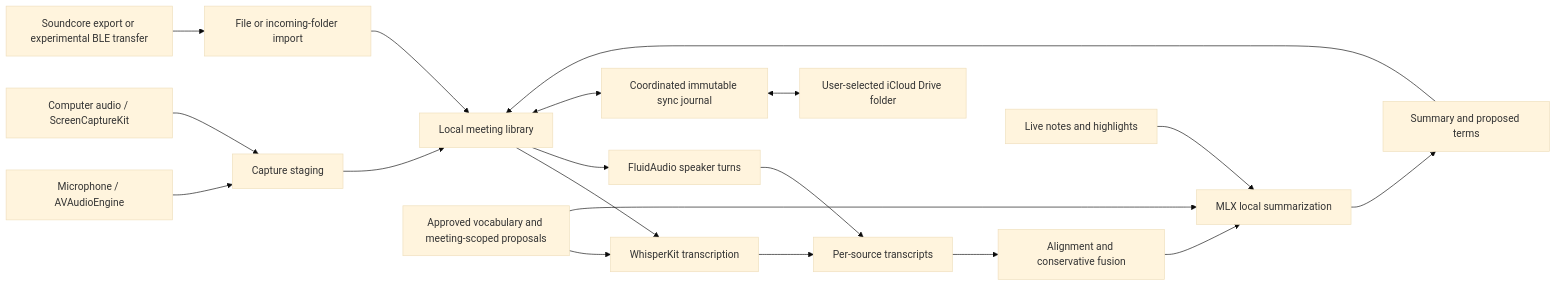
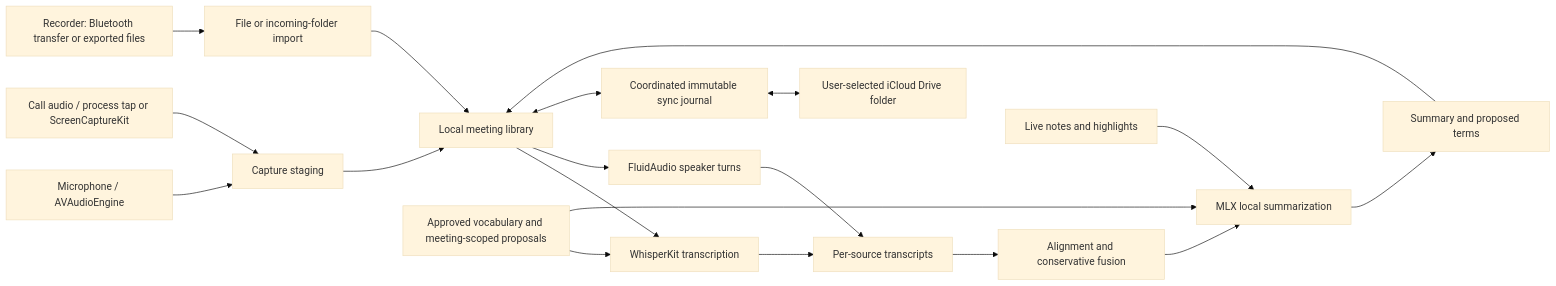
The diagram in docs/architecture.md (vladzaharia/daybook), drawn with Mermaid (base theme) before and after one commit. The commit also changed other lines of this file and 468 other files, not shown here.

````diff
--- a/docs/architecture.md
+++ b/docs/architecture.md
@@ -7,21 +21,21 @@
 ```mermaid
 flowchart LR
     Microphone[Microphone / AVAudioEngine] --> Capture[Capture staging]
-    Computer[Computer audio / ScreenCaptureKit] --> Capture
-    Soundcore[Soundcore export or experimental BLE transfer] --> Import[File or incoming-folder import]
+    Computer[Call audio / process tap or ScreenCaptureKit] --> Capture
+    Soundcore[Recorder: Bluetooth transfer or exported files] --> Import[File or incoming-folder import]
     Capture --> Library[Local meeting library]
     Import --> Library
     Library --> ASR[WhisperKit transcription]
     Library --> Speakers[FluidAudio speaker turns]
     ASR --> Source[Per-source transcripts]
     Speakers --> Source
     Source --> Fusion[Alignment and conservative fusion]
     Fusion --> LLM[MLX local summarization]
     Notes[Live notes and highlights] --> LLM
     Glossary[Approved vocabulary and meeting-scoped proposals] --> ASR
     Glossary --> LLM
     LLM --> Summary[Summary and proposed terms]
     Summary --> Library
     Library <--> Sync[Coordinated immutable sync journal]
     Sync <--> iCloud[User-selected iCloud Drive folder]
 ```
````
